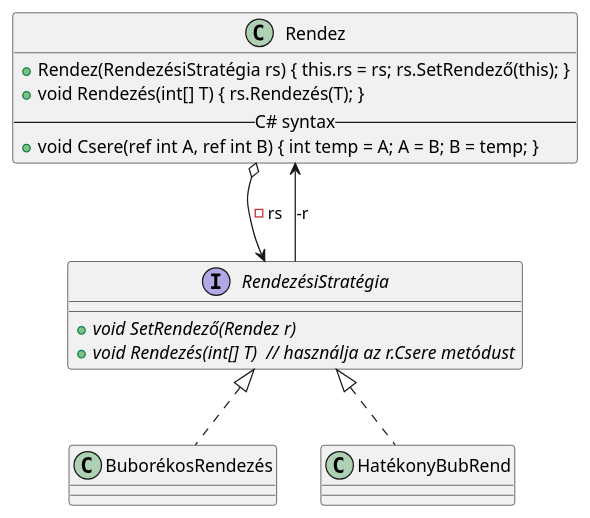
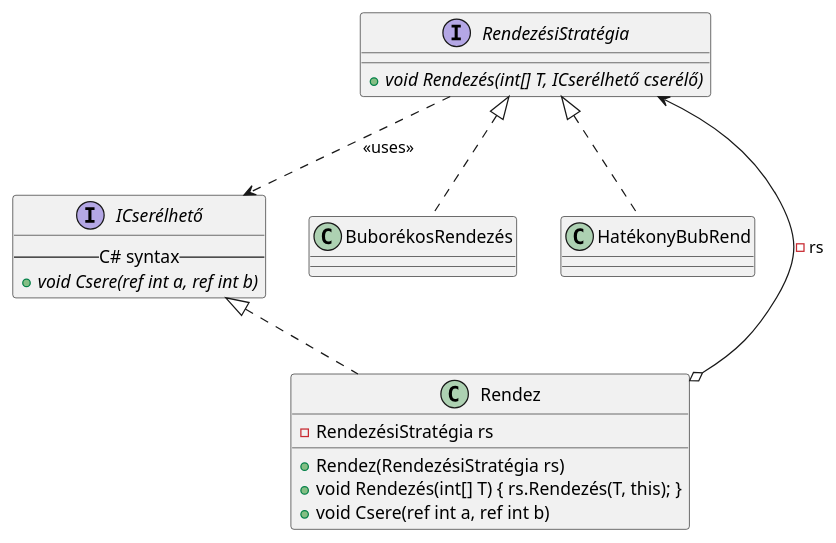
The diagram in first-plan.puml (nice-Code-90/TDD-DIP-exam-practice), drawn with PlantUML before and after one commit.

Commit message:
new interface implementation for achieve DIP plan

```diff
--- a/first-plan.puml
+++ b/first-plan.puml
@@ -1,16 +1,23 @@
 @startuml
-class Rendez {
-  +Rendez(RendezésiStratégia rs) { this.rs = rs; rs.SetRendező(this); }
-  +void Rendezés(int[] T) { rs.Rendezés(T); }
-  --C# syntax--
-  +void Csere(ref int A, ref int B) { int temp = A; A = B; B = temp; }
+
+interface ICserélhető {
+  -- C# syntax --
+  +{abstract} void Csere(ref int a, ref int b)
 }
+
+class Rendez implements ICserélhető {
+  -RendezésiStratégia rs
+  +Rendez(RendezésiStratégia rs)
+  +void Rendezés(int[] T) { rs.Rendezés(T, this); }
+  +void Csere(ref int a, ref int b)
+}
+
 interface RendezésiStratégia {
-  +{abstract} void SetRendező(Rendez r)
-  +{abstract} void Rendezés(int[] T)  // használja az r.Csere metódust
+  +{abstract} void Rendezés(int[] T, ICserélhető cserélő)
 }
+
 Rendez o-down-> RendezésiStratégia : -rs
-RendezésiStratégia -up-> Rendez  : -r
+RendezésiStratégia ..> ICserélhető : <<uses>>
 BuborékosRendezés .up.|> RendezésiStratégia
 HatékonyBubRend .up.|> RendezésiStratégia
 @enduml
```
